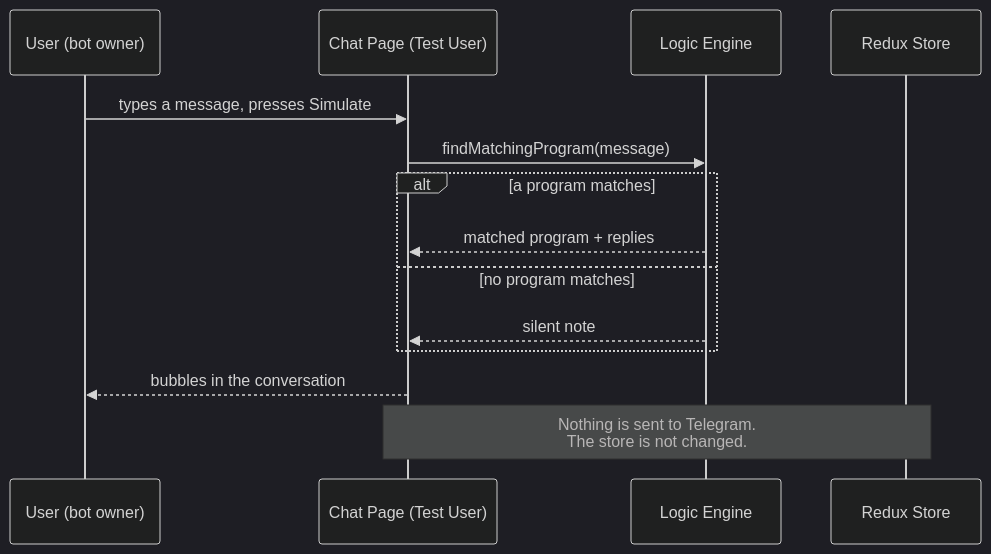
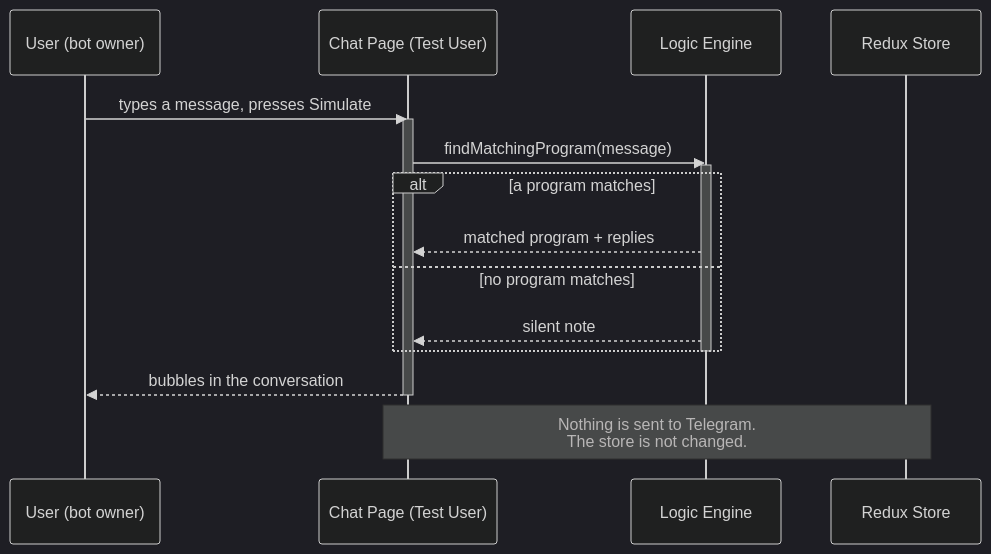
The fourth of 5 diagrams in docs/ARCHITECTURE.md (Jh123x/telegram-bot-on-browser), drawn with Mermaid (dark theme) before and after one commit. The commit also changed other lines of this file, not shown here.

Commit message:
docs: use solid call arrows, activation blocks, and dotted returns in sequence diagrams

````diff
--- a/docs/ARCHITECTURE.md
+++ b/docs/ARCHITECTURE.md
@@ -138,18 +150,22 @@
 ```mermaid
 sequenceDiagram
   participant U as User (bot owner)
   participant C as Chat Page (Test User)
   participant L as Logic Engine
   participant S as Redux Store
 
   U->>C: types a message, presses Simulate
+  activate C
   C->>L: findMatchingProgram(message)
+  activate L
   alt a program matches
     L-->>C: matched program + replies
   else no program matches
     L-->>C: silent note
   end
+  deactivate L
   C-->>U: bubbles in the conversation
+  deactivate C
 
   Note over C,S: Nothing is sent to Telegram.<br/>The store is not changed.
 ```
````
